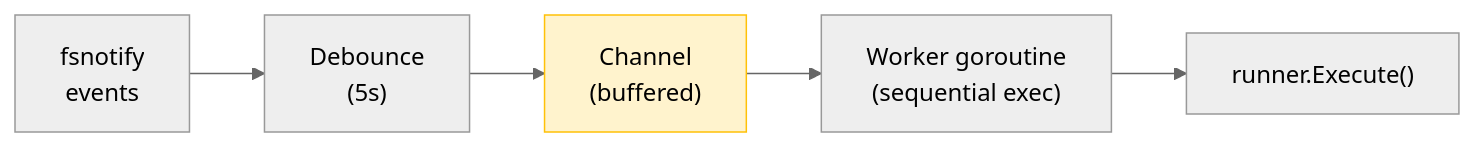
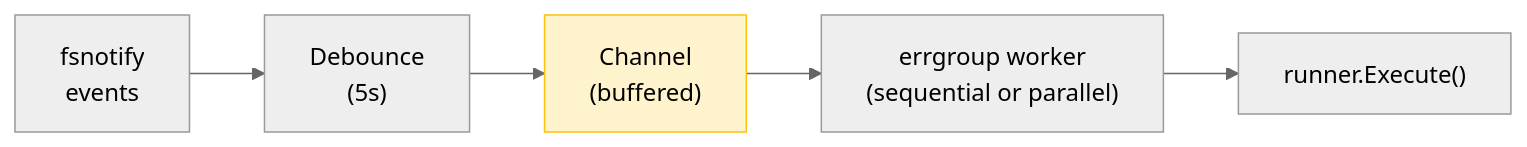
The ninth of 16 diagrams in docs/go-integration-guide.md (Forgia-Labs/forgia), drawn with Mermaid (neutral theme) before and after one commit. The commit also changed other lines of this file, not shown here.

````diff
--- a/docs/go-integration-guide.md
+++ b/docs/go-integration-guide.md
@@ -626,9 +747,9 @@
 ```mermaid
 flowchart LR
     FS["fsnotify\nevents"] --> Debounce["Debounce\n(5s)"]
     Debounce --> Queue["Channel\n(buffered)"]
-    Queue --> Worker["Worker goroutine\n(sequential exec)"]
+    Queue --> Worker["errgroup worker\n(sequential or parallel)"]
     Worker --> Runner["runner.Execute()"]
 
     style Queue fill:#fff3cd,stroke:#ffc107
 ```
````
